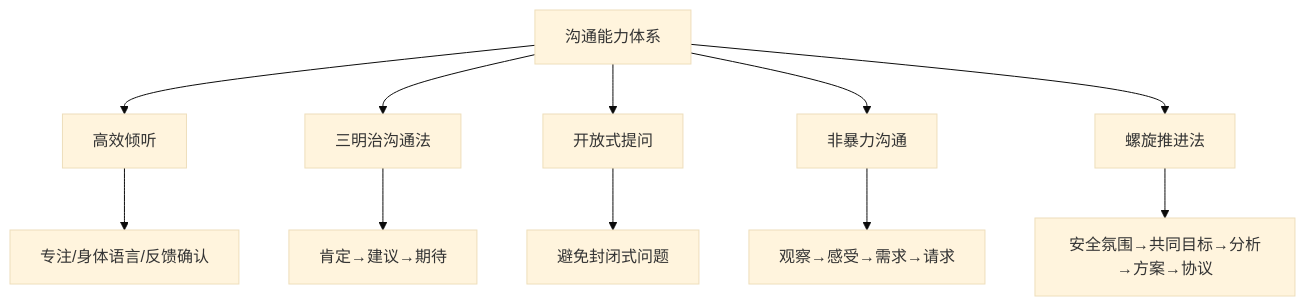
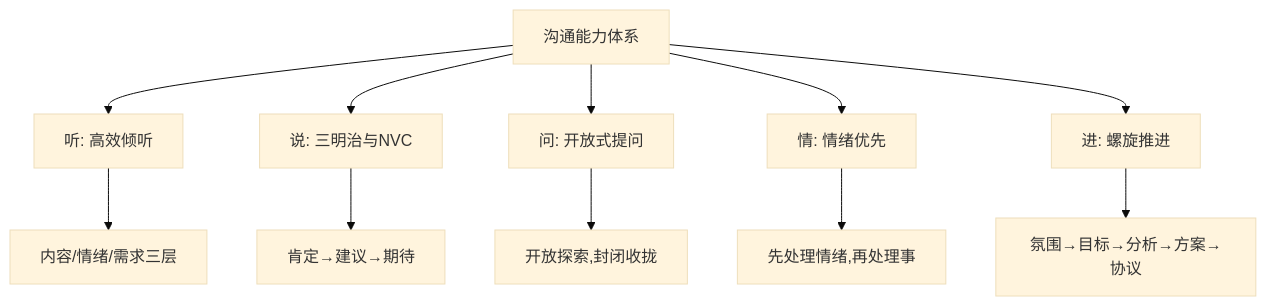
One commit to chongyang211/YCBookBlog changed the second of 14 diagrams in packages/website/13.书籍/06.自我精进·立言/02.沟通实战/02.沟通能力的演进.md. Above: the diagram before and after it, drawn with Mermaid (base theme). The commit also changed other lines of this file, not shown here.

````diff
--- a/packages/website/13.书籍/06.自我精进·立言/02.沟通实战/02.沟通能力的演进.md
+++ b/packages/website/13.书籍/06.自我精进·立言/02.沟通实战/02.沟通能力的演进.md
@@ -67,13 +82,13 @@
 ```mermaid
 graph TD
-    A[沟通能力体系] --> B[高效倾听]
-    A --> C[三明治沟通法]
-    A --> D[开放式提问]
-    A --> E[非暴力沟通]
-    A --> F[螺旋推进法]
-    B --> B1[专注/身体语言/反馈确认]
+    A[沟通能力体系] --> B[听: 高效倾听]
+    A --> C[说: 三明治与NVC]
+    A --> D[问: 开放式提问]
+    A --> E[情: 情绪优先]
+    A --> F[进: 螺旋推进]
+    B --> B1[内容/情绪/需求三层]
     C --> C1[肯定→建议→期待]
-    D --> D1[避免封闭式问题]
-    E --> E1[观察→感受→需求→请求]
-    F --> F1[安全氛围→共同目标→分析→方案→协议]
+    D --> D1[开放探索,封闭收拢]
+    E --> E1[先处理情绪,再处理事]
+    F --> F1[氛围→目标→分析→方案→协议]
 ```
````
